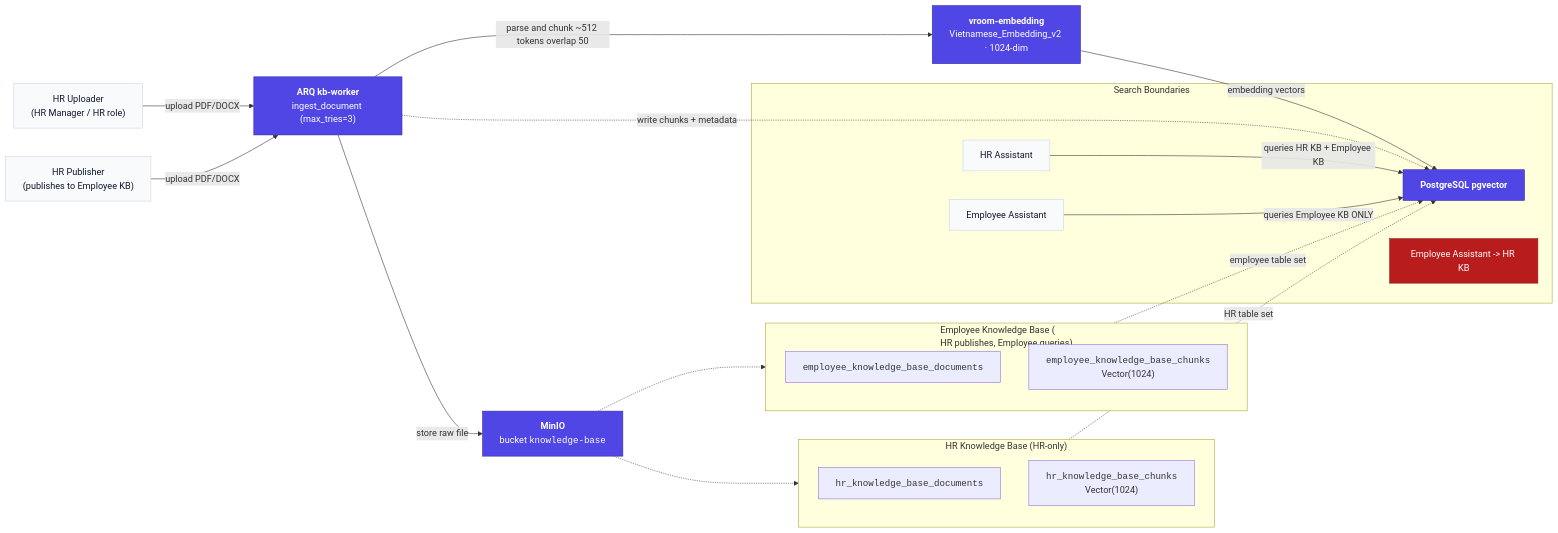
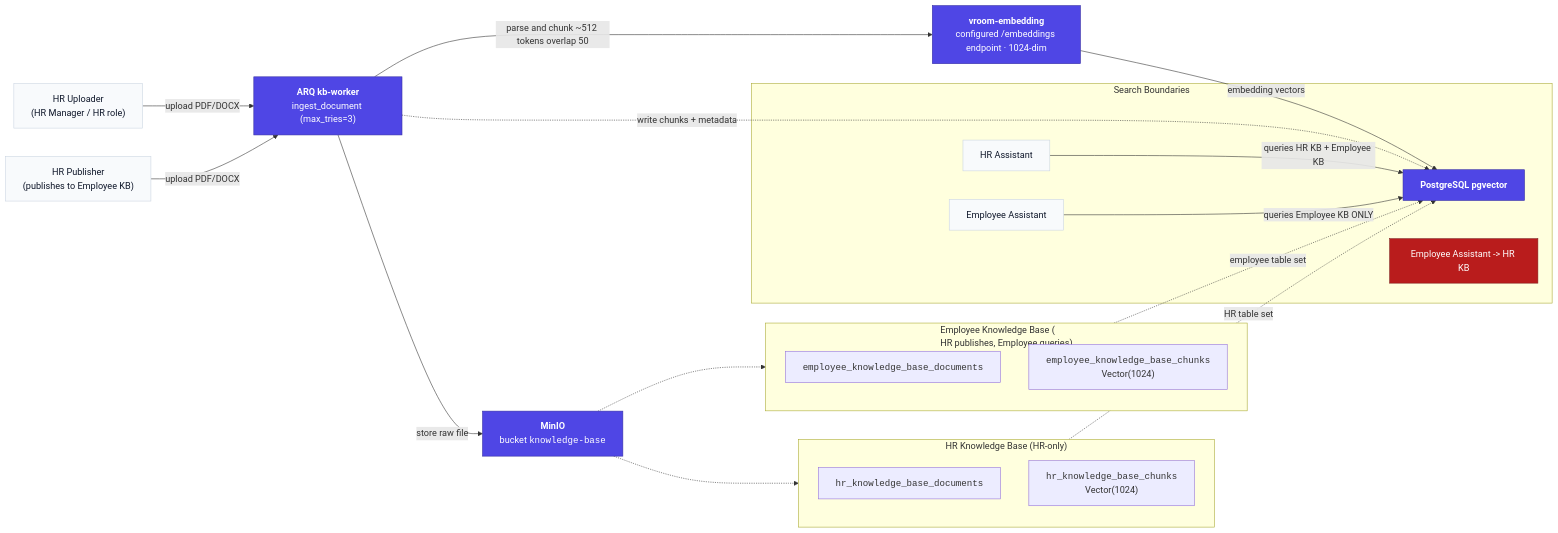
Before and after one commit to EPISTEX0/Vietnamese-Recruit-Onboard-Operate-Manage: the second of 3 diagrams in ARCHITECTURE.md, drawn with Mermaid. The commit also changed other lines of this file and 12 other files, not shown here.

First line of the commit message:
feat(embedding): thay self-hosted model bằng endpoint OpenAI-compatible

````diff
--- a/ARCHITECTURE.md
+++ b/ARCHITECTURE.md
@@ -92,46 +92,46 @@
 ```mermaid
 flowchart LR
     subgraph HR_KB["HR Knowledge Base (HR-only)"]
         direction TB
         HRDOC["<code>hr_knowledge_base_documents</code>"]
         HRCH["<code>hr_knowledge_base_chunks</code><br/>Vector(1024)"]
     end
 
     subgraph EMP_KB["Employee Knowledge Base (<br/>HR publishes, Employee queries)"]
         direction TB
         EMPDOC["<code>employee_knowledge_base_documents</code>"]
         EMPCH["<code>employee_knowledge_base_chunks</code><br/>Vector(1024)"]
     end
 
     HRA["HR Uploader<br/>(HR Manager / HR role)"]
     EMPA["HR Publisher<br/>(publishes to Employee KB)"]
 
     ING["<b>ARQ kb-worker</b><br/>ingest_document (max_tries=3)"]
-    EMP["<b>vroom-embedding</b><br/>Vietnamese_Embedding_v2 · 1024-dim"]
+    EMP["<b>vroom-embedding</b><br/>configured /embeddings endpoint · 1024-dim"]
     MO["<b>MinIO</b><br/>bucket <code>knowledge-base</code>"]
     PG["<b>PostgreSQL pgvector</b>"]
 
     HRA -->|upload PDF/DOCX| ING
     EMPA -->|upload PDF/DOCX| ING
     ING -->|store raw file| MO
     ING -->|parse and chunk ~512 tokens overlap 50| EMP
     EMP -->|embedding vectors| PG
     ING -.->|write chunks + metadata| PG
 
     HRCH -.->|"HR table set"| PG
     EMPCH -.->|"employee table set"| PG
     MO -.-> HRDOC
     MO -.-> EMPDOC
 
     subgraph Retrieve["Search Boundaries"]
         HRA2["HR Assistant"] -->|queries HR KB + Employee KB| PG
         EMPA2["Employee Assistant"] -->|queries Employee KB ONLY| PG
         X["Employee Assistant -> HR KB"]:::blocked
     end
 
     classDef nlc fill:#f8fafc,color:#0f172a,stroke:#cbd5e1
     classDef store fill:#4f46e5,color:#fff,stroke:#3730a3
     classDef blocked fill:#b91c1c,color:#fff,stroke:#7f1d1d
     class HRA,EMPA,HRA2,EMPA2 nlc
     class ING,MO,PG,EMP store
 ```
````
